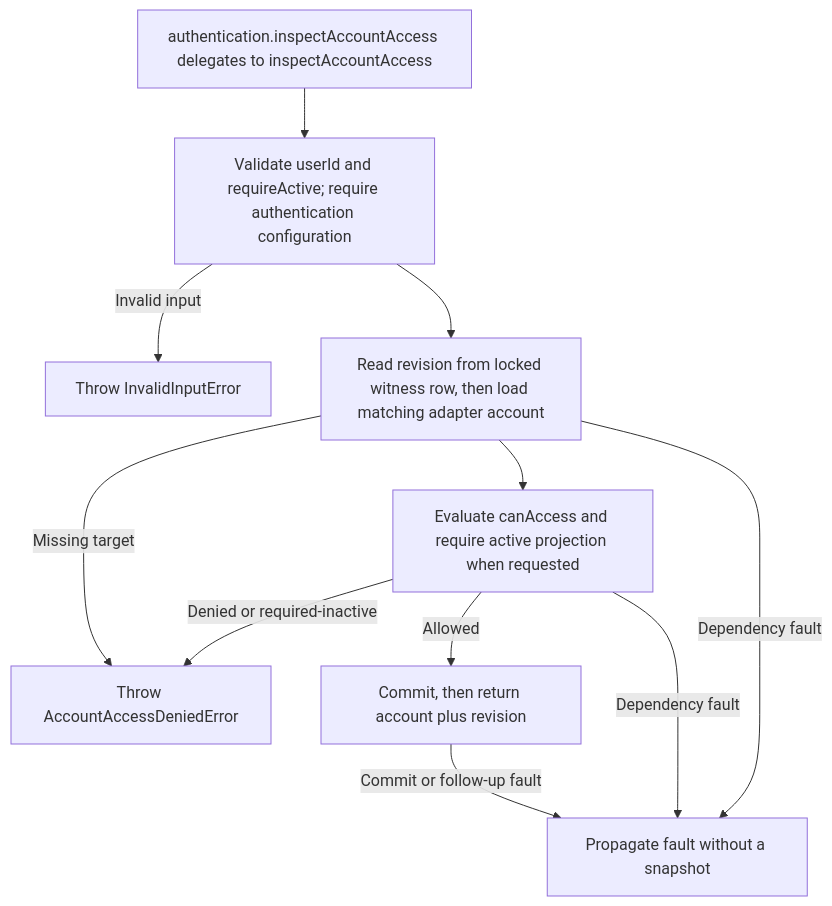
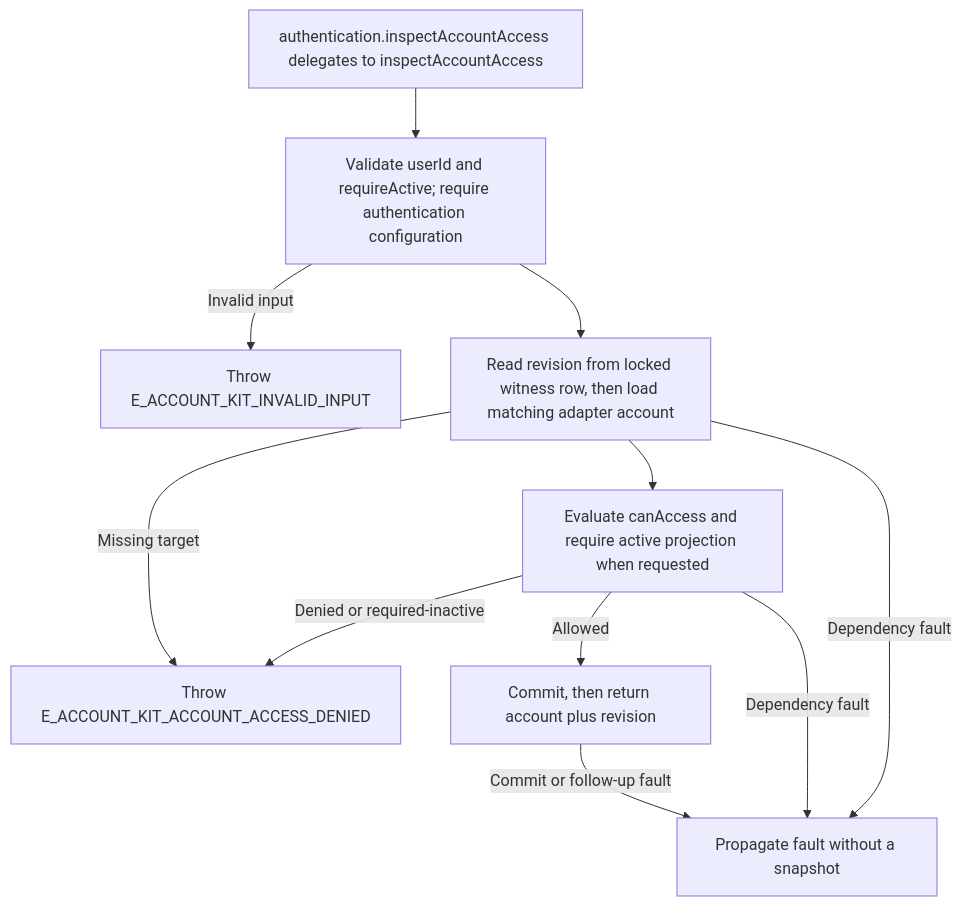
Before and after one commit to Kevinjohn/oss-adonisjs-account-kit: the second of 2 diagrams in user-stories/US-ACCOUNT-42-inspect-account-access.md, drawn with Mermaid. The commit also changed other lines of this file and 362 other files, not shown here.

````diff
--- a/user-stories/US-ACCOUNT-42-inspect-account-access.md
+++ b/user-stories/US-ACCOUNT-42-inspect-account-access.md
@@ -35,13 +35,13 @@
 ```mermaid
 flowchart TD
  A["authentication.inspectAccountAccess delegates to inspectAccountAccess"] --> B["Validate userId and requireActive; require authentication configuration"]
- B -->|Invalid input| I["Throw InvalidInputError"]
+ B -->|Invalid input| I["Throw E_ACCOUNT_KIT_INVALID_INPUT"]
  B --> W["Read revision from locked witness row, then load matching adapter account"]
- W -->|Missing target| D["Throw AccountAccessDeniedError"]
+ W -->|Missing target| D["Throw E_ACCOUNT_KIT_ACCOUNT_ACCESS_DENIED"]
  W --> P["Evaluate canAccess and require active projection when requested"]
  P -->|Denied or required-inactive| D
  P -->|Allowed| E["Commit, then return account plus revision"]
  W -->|Dependency fault| F["Propagate fault without a snapshot"]
  P -->|Dependency fault| F
  E -->|Commit or follow-up fault| F
 ```
````
